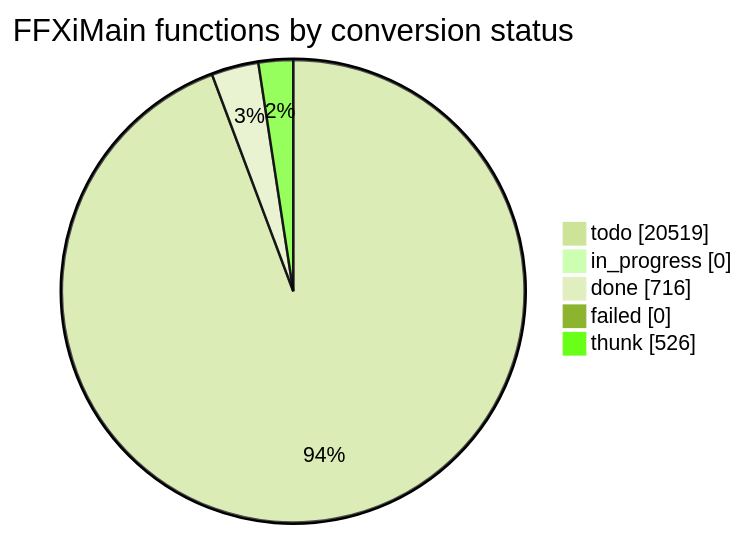
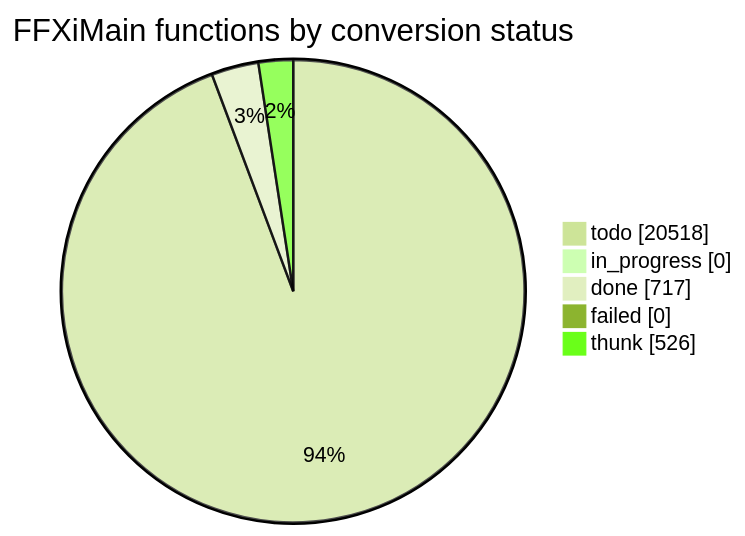
One commit to cowrevenge/cow_kuluu_xi_anything changed the diagram in docs/cow/STATUS.md. Above: the diagram before and after it, drawn with Mermaid (forest theme). The commit also changed other lines of this file and 9 other files, not shown here.

````diff
--- a/docs/cow/STATUS.md
+++ b/docs/cow/STATUS.md
@@ -18,9 +18,9 @@
 ```mermaid
 pie showData
     title FFXiMain functions by conversion status
-    "todo" : 20519
+    "todo" : 20518
     "in_progress" : 0
-    "done" : 716
+    "done" : 717
     "failed" : 0
     "thunk" : 526
 ```
````
